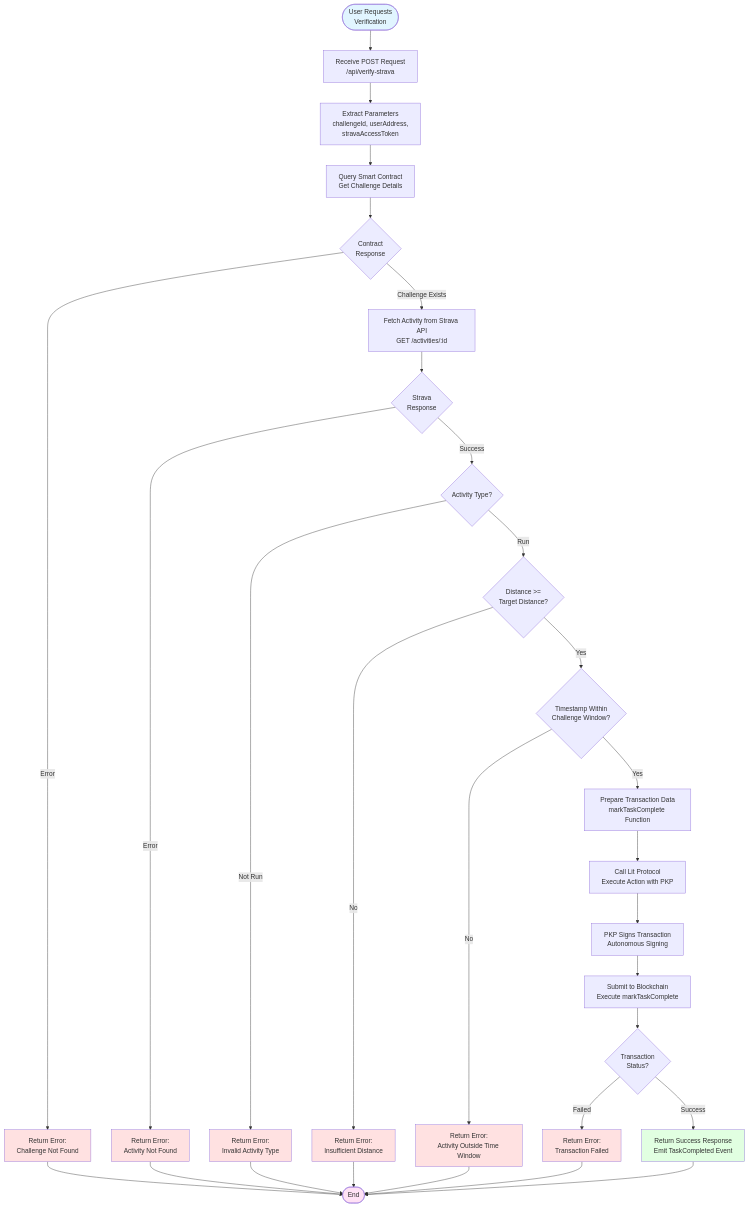
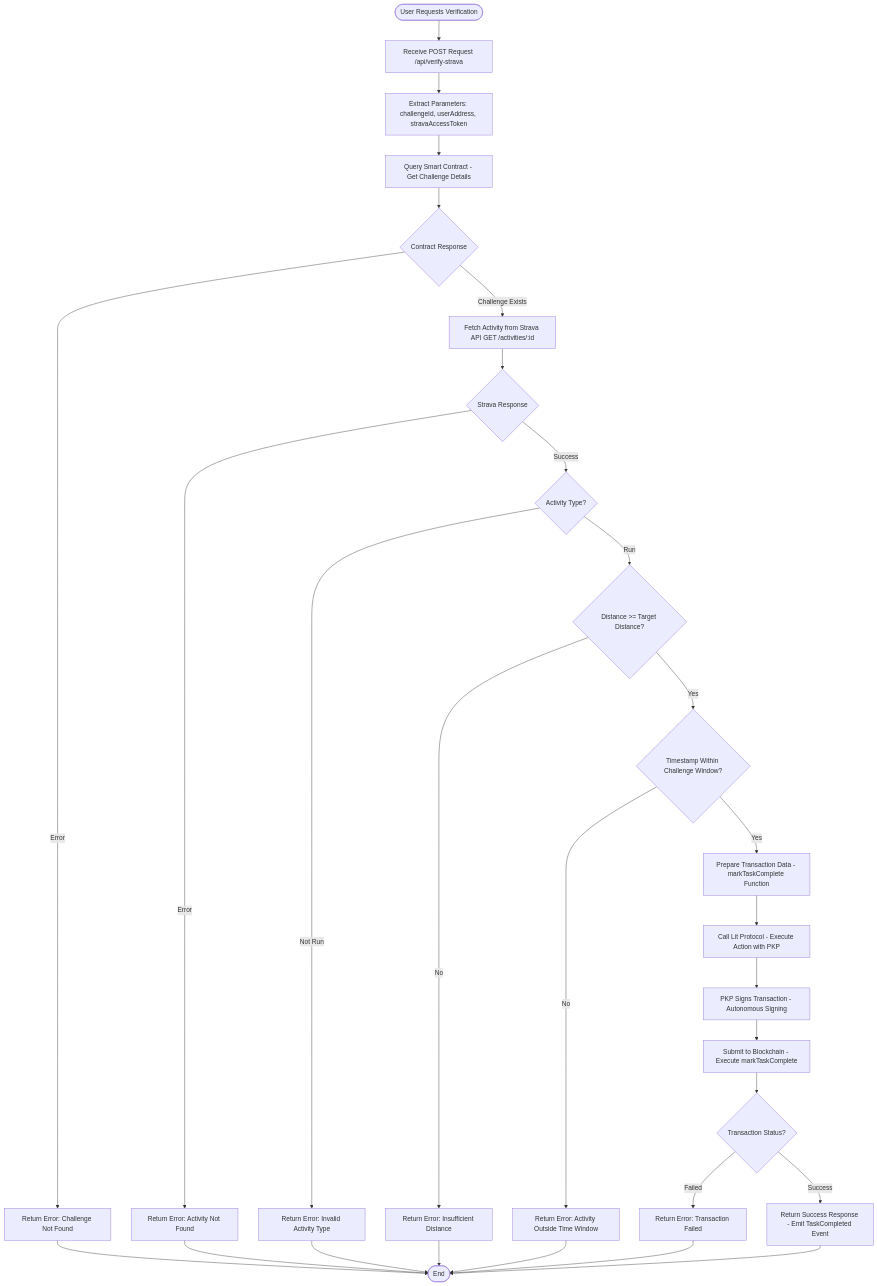
One commit to Kushagra1122/fitStake changed the fourth of 4 diagrams in README.md. Above: the diagram before and after it, drawn with Mermaid. The commit also changed other lines of this file, not shown here.

Commit message:
Refine flowchart text in README
Updated flowchart descriptions for clarity and consistency.

````diff
--- a/README.md
+++ b/README.md
@@ -876,56 +865,46 @@
 ```mermaid
 flowchart TD
-    Start([User Requests<br/>Verification]) --> Request[Receive POST Request<br/>/api/verify-strava]
+    Start([User Requests Verification]) --> Request[Receive POST Request /api/verify-strava]
     
-    Request --> Extract[Extract Parameters<br/>challengeId, userAddress,<br/>stravaAccessToken]
+    Request --> Extract[Extract Parameters: challengeId, userAddress, stravaAccessToken]
     
-    Extract --> GetContract[Query Smart Contract<br/>Get Challenge Details]
+    Extract --> GetContract[Query Smart Contract - Get Challenge Details]
     
-    GetContract --> ContractData{Contract<br/>Response}
+    GetContract --> ContractData{Contract Response}
     
-    ContractData -->|Challenge Exists| FetchStrava[Fetch Activity from Strava API<br/>GET /activities/:id]
-    ContractData -->|Error| Error1[Return Error:<br/>Challenge Not Found]
+    ContractData -->|Challenge Exists| FetchStrava[Fetch Activity from Strava API GET /activities/:id]
+    ContractData -->|Error| Error1[Return Error: Challenge Not Found]
     
-    FetchStrava --> StravaData{Strava<br/>Response}
+    FetchStrava --> StravaData{Strava Response}
     
     StravaData -->|Success| ValidateType{Activity Type?}
-    StravaData -->|Error| Error2[Return Error:<br/>Activity Not Found]
+    StravaData -->|Error| Error2[Return Error: Activity Not Found]
     
-    ValidateType -->|Not Run| Error3[Return Error:<br/>Invalid Activity Type]
-    ValidateType -->|Run| ValidateDistance{Distance >=<br/>Target Distance?}
+    ValidateType -->|Not Run| Error3[Return Error: Invalid Activity Type]
+    ValidateType -->|Run| ValidateDistance{Distance >= Target Distance?}
     
-    ValidateDistance -->|No| Error4[Return Error:<br/>Insufficient Distance]
-    ValidateDistance -->|Yes| ValidateTime{Timestamp Within<br/>Challenge Window?}
+    ValidateDistance -->|No| Error4[Return Error: Insufficient Distance]
+    ValidateDistance -->|Yes| ValidateTime{Timestamp Within Challenge Window?}
     
-    ValidateTime -->|No| Error5[Return Error:<br/>Activity Outside Time Window]
-    ValidateTime -->|Yes| PrepareTX[Prepare Transaction Data<br/>markTaskComplete Function]
+    ValidateTime -->|No| Error5[Return Error: Activity Outside Time Window]
+    ValidateTime -->|Yes| PrepareTX[Prepare Transaction Data - markTaskComplete Function]
     
-    PrepareTX --> CallLit[Call Lit Protocol<br/>Execute Action with PKP]
+    PrepareTX --> CallLit[Call Lit Protocol - Execute Action with PKP]
     
-    CallLit --> PKPSign[PKP Signs Transaction<br/>Autonomous Signing]
+    CallLit --> PKPSign[PKP Signs Transaction - Autonomous Signing]
     
-    PKPSign --> SubmitTx[Submit to Blockchain<br/>Execute markTaskComplete]
+    PKPSign --> SubmitTx[Submit to Blockchain - Execute markTaskComplete]
     
-    SubmitTx --> TxStatus{Transaction<br/>Status?}
+    SubmitTx --> TxStatus{Transaction Status?}
     
-    TxStatus -->|Success| Success[Return Success Response<br/>Emit TaskCompleted Event]
-    TxStatus -->|Failed| Error6[Return Error:<br/>Transaction Failed]
+    TxStatus -->|Success| Success[Return Success Response - Emit TaskCompleted Event]
+    TxStatus -->|Failed| Error6[Return Error: Transaction Failed]
     
     Error1 --> End([End])
     Error2 --> End
     Error3 --> End
     Error4 --> End
     Error5 --> End
     Error6 --> End
     Success --> End
-    
-    style Start fill:#e1f5ff
-    style End fill:#ffe1f5
-    style Success fill:#e1ffe1
-    style Error1 fill:#ffe1e1
-    style Error2 fill:#ffe1e1
-    style Error3 fill:#ffe1e1
-    style Error4 fill:#ffe1e1
-    style Error5 fill:#ffe1e1
-    style Error6 fill:#ffe1e1
 ```
````
